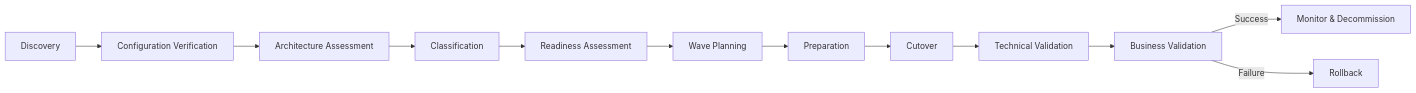
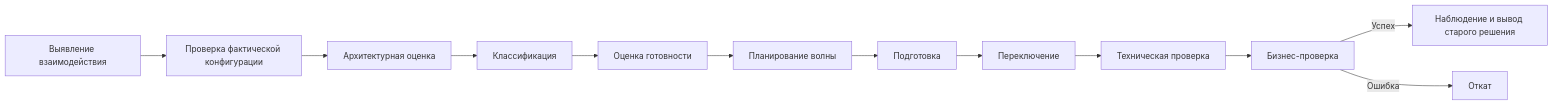
Before and after one commit to NesmachnyDN/enterprise-integration-migration-case: the fourth of 4 diagrams in README.md, drawn with Mermaid. The commit also changed other lines of this file, not shown here.

````diff
--- a/README.md
+++ b/README.md
@@ -123,14 +123,14 @@
 ```mermaid
 flowchart LR
-    D[Discovery] --> V[Configuration Verification]
-    V --> A[Architecture Assessment]
-    A --> C[Classification]
-    C --> R[Readiness Assessment]
-    R --> W[Wave Planning]
-    W --> P[Preparation]
-    P --> X[Cutover]
-    X --> T[Technical Validation]
-    T --> B[Business Validation]
-    B -->|Success| M[Monitor & Decommission]
-    B -->|Failure| RB[Rollback]
+    D[Выявление взаимодействия] --> V[Проверка фактической конфигурации]
+    V --> A[Архитектурная оценка]
+    A --> C[Классификация]
+    C --> R[Оценка готовности]
+    R --> W[Планирование волны]
+    W --> P[Подготовка]
+    P --> X[Переключение]
+    X --> T[Техническая проверка]
+    T --> B[Бизнес-проверка]
+    B -->|Успех| M[Наблюдение и вывод старого решения]
+    B -->|Ошибка| RB[Откат]
 ```
````
